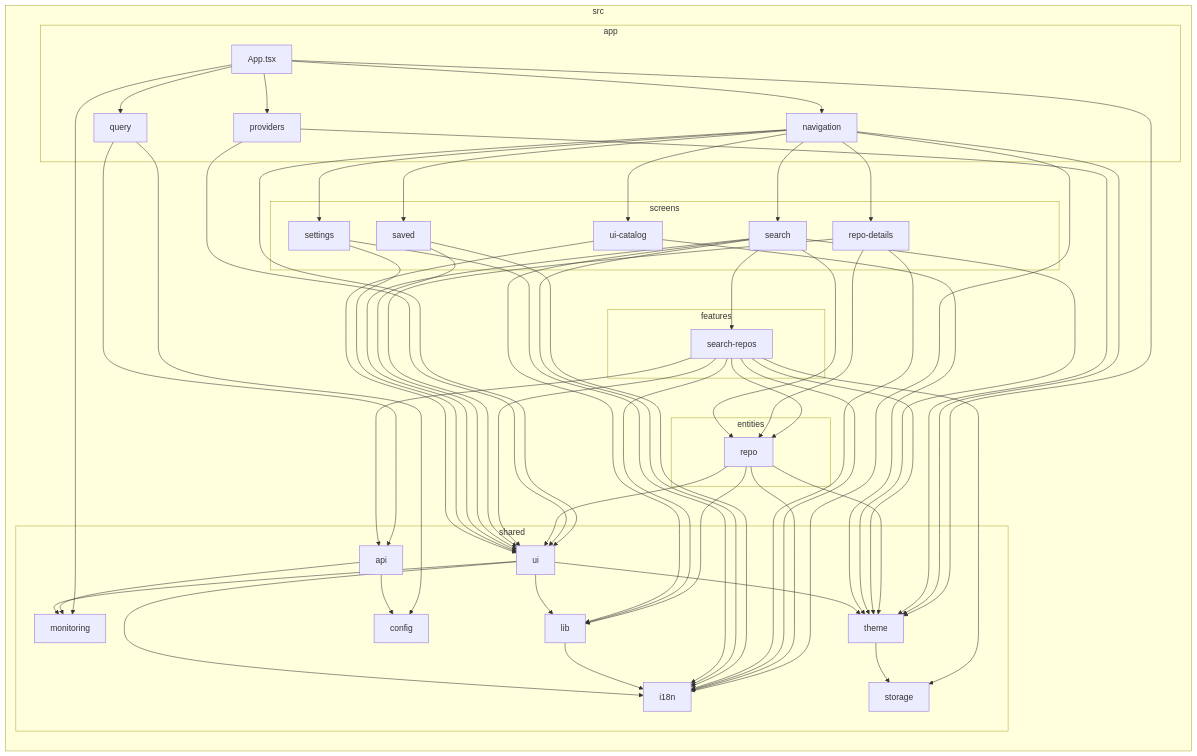
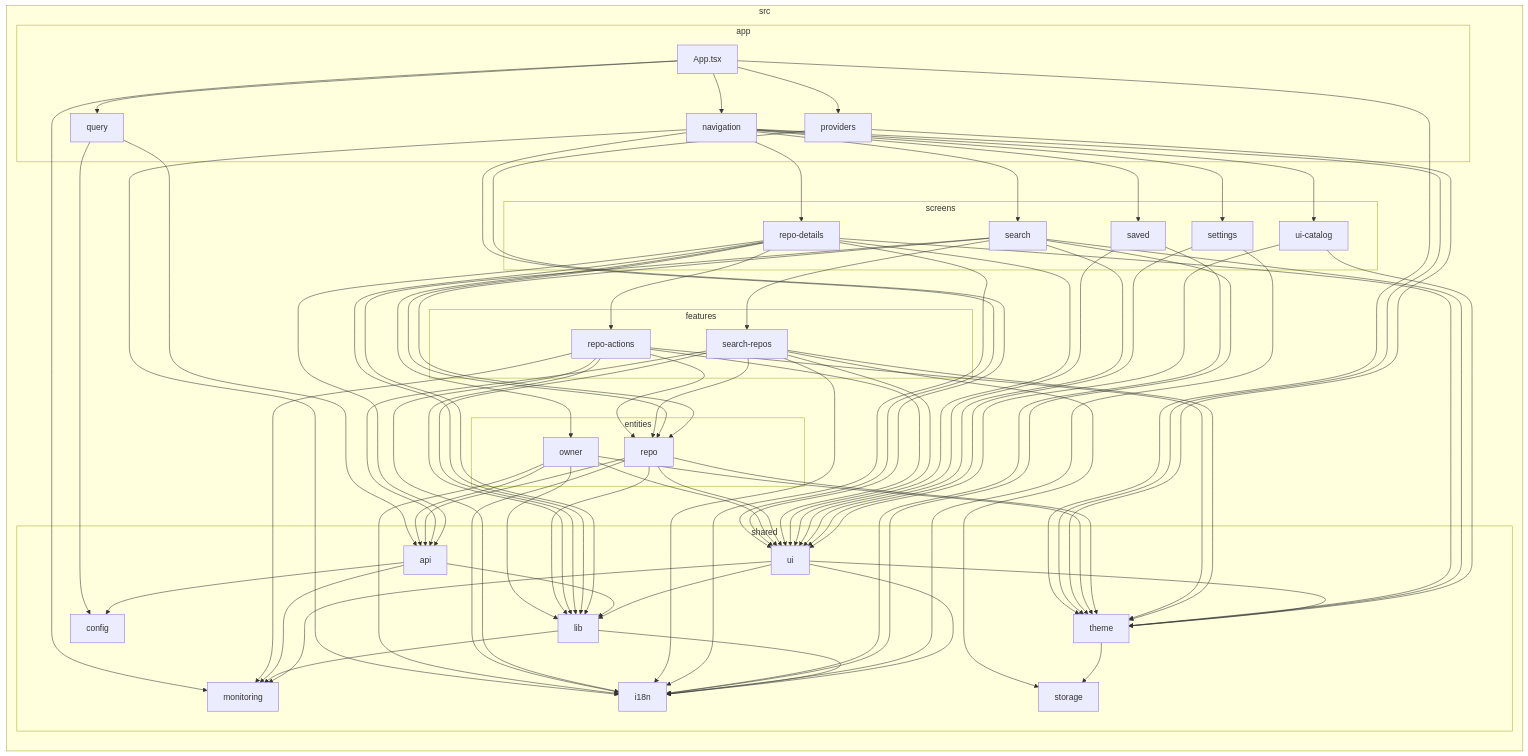
The diagram in docs/architecture-graph.md (kolarus/gh-reposcout), drawn with Mermaid before and after one commit. The commit also changed 72 other files, not shown here.

Commit message:
feat: repository details with owner profile, actions and ratelimits handling

````diff
--- a/docs/architecture-graph.md
+++ b/docs/architecture-graph.md
@@ -14,78 +14,99 @@
 5["query"]
 end
 subgraph 6["entities"]
-7["repo"]
+7["owner"]
+8["repo"]
 end
-subgraph 8["features"]
-9["search-repos"]
+subgraph 9["features"]
+A["repo-actions"]
+B["search-repos"]
 end
-subgraph A["screens"]
-B["repo-details"]
-C["saved"]
-D["search"]
-E["settings"]
-F["ui-catalog"]
+subgraph C["screens"]
+D["repo-details"]
+E["saved"]
+F["search"]
+G["settings"]
+H["ui-catalog"]
 end
-subgraph G["shared"]
-H["api"]
-I["config"]
-J["i18n"]
-K["lib"]
-L["monitoring"]
-M["storage"]
-N["theme"]
-O["ui"]
+subgraph I["shared"]
+J["api"]
+K["config"]
+L["i18n"]
+M["lib"]
+N["monitoring"]
+O["storage"]
+P["theme"]
+Q["ui"]
 end
 end
 2-->3
 2-->4
 2-->5
-2-->L
 2-->N
-3-->N
-3-->B
-3-->C
+2-->P
+3-->P
 3-->D
 3-->E
 3-->F
-3-->J
-3-->O
-4-->N
-4-->O
-5-->H
-5-->I
+3-->G
+3-->H
+3-->L
+3-->Q
+4-->P
+4-->Q
+5-->J
+5-->K
 7-->J
-7-->K
-7-->N
-7-->O
-9-->7
-9-->H
-9-->K
-9-->M
-9-->J
-9-->O
-9-->N
-B-->7
+7-->M
+7-->L
+7-->P
+7-->Q
+8-->M
+8-->J
+8-->L
+8-->P
+8-->Q
+A-->8
+A-->L
+A-->M
+A-->Q
+A-->N
+A-->P
+B-->8
 B-->J
+B-->M
 B-->O
-C-->J
-C-->O
+B-->L
+B-->Q
+B-->P
+D-->8
+D-->L
+D-->Q
 D-->7
-D-->9
+D-->A
 D-->J
-D-->K
-D-->O
-D-->N
-E-->J
-E-->O
-F-->N
-F-->O
-H-->I
-H-->L
-K-->J
-N-->M
-O-->N
-O-->L
-O-->J
-O-->K
+D-->M
+D-->P
+E-->L
+E-->Q
+F-->8
+F-->B
+F-->L
+F-->M
+F-->Q
+F-->P
+G-->L
+G-->Q
+H-->P
+H-->Q
+J-->M
+J-->K
+J-->N
+M-->L
+M-->N
+P-->O
+Q-->P
+Q-->N
+Q-->L
+Q-->M
 ```
````
